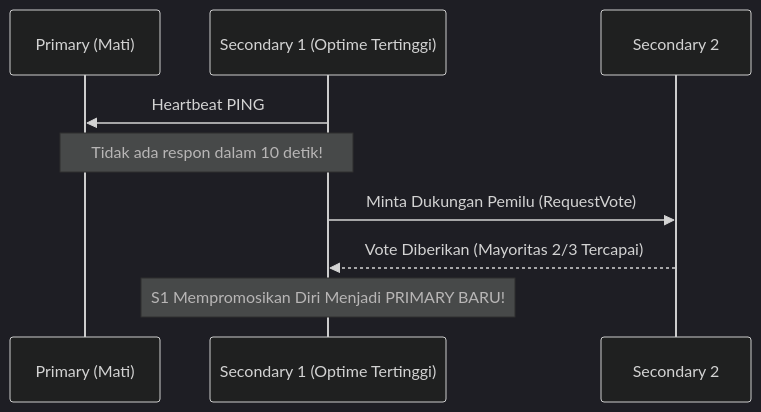
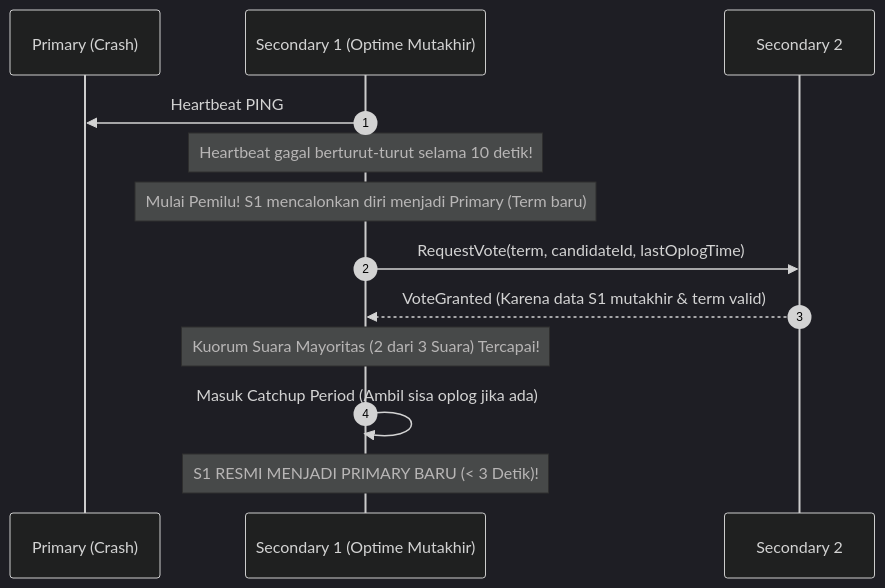
Before and after one commit to exa31/learning-docs: the second of 2 diagrams in src/content/docs/mongodb/06-replica-set-elections-dan-oplog.md, drawn with Mermaid (dark theme). The commit also changed other lines of this file and 7 other files, not shown here.

````diff
--- a/src/content/docs/mongodb/06-replica-set-elections-dan-oplog.md
+++ b/src/content/docs/mongodb/06-replica-set-elections-dan-oplog.md
@@ -44,12 +97,16 @@
 ```mermaid
 sequenceDiagram
-    participant P as Primary (Mati)
-    participant S1 as Secondary 1 (Optime Tertinggi)
+    autonumber
+    participant P as Primary (Crash)
+    participant S1 as Secondary 1 (Optime Mutakhir)
     participant S2 as Secondary 2
-
-    S1->>P: Heartbeat PING
-    Note over S1,P: Tidak ada respon dalam 10 detik!
-    S1->>S2: Minta Dukungan Pemilu (RequestVote)
-    S2-->>S1: Vote Diberikan (Mayoritas 2/3 Tercapai)
-    Note over S1: S1 Mempromosikan Diri Menjadi PRIMARY BARU!
+    
+    S1 ->> P: Heartbeat PING
+    Note over S1: Heartbeat gagal berturut-turut selama 10 detik!
+    Note over S1: Mulai Pemilu! S1 mencalonkan diri menjadi Primary (Term baru)
+    S1 ->> S2: RequestVote(term, candidateId, lastOplogTime)
+    S2 -->> S1: VoteGranted (Karena data S1 mutakhir & term valid)
+    Note over S1: Kuorum Suara Mayoritas (2 dari 3 Suara) Tercapai!
+    S1 ->> S1: Masuk Catchup Period (Ambil sisa oplog jika ada)
+    Note over S1: S1 RESMI MENJADI PRIMARY BARU (< 3 Detik)!
 ```
````
